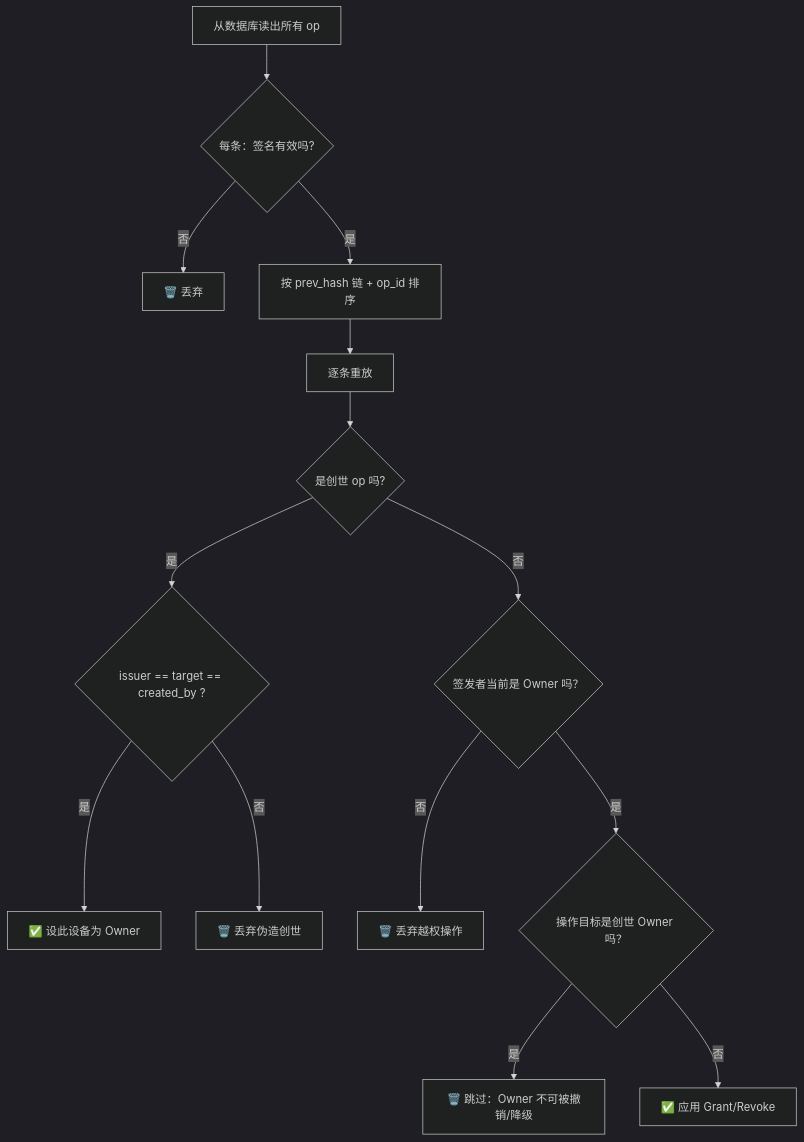
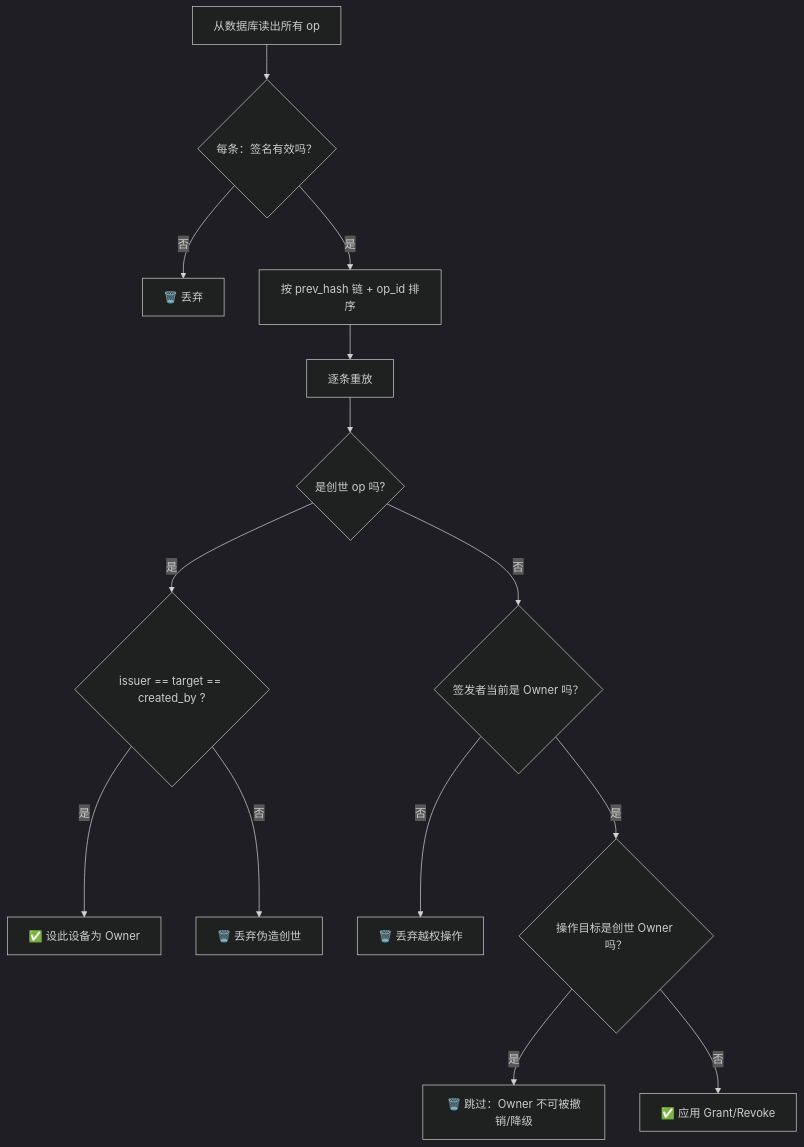
Before and after one commit to swarm-apps/SwarmNote: the sixth of 12 diagrams in dev-notes/blog/e2e-encrypted-sharing.md, drawn with Mermaid (dark theme). The commit also changed other lines of this file and 2 other files, not shown here.

````diff
--- a/dev-notes/blog/e2e-encrypted-sharing.md
+++ b/dev-notes/blog/e2e-encrypted-sharing.md
@@ -368,16 +369,16 @@
 ```mermaid
 flowchart TD
-  LOAD[从数据库读出所有 op] --> V{每条：签名有效吗?}
+  LOAD[从数据库读出所有 op] --> V{"每条：签名有效吗？"}
   V -->|否| X1[🗑️ 丢弃]
   V -->|是| ORDER[按 prev_hash 链 + op_id 排序]
   ORDER --> LOOP[逐条重放]
   LOOP --> G{是创世 op 吗?}
   G -->|是| GB{"issuer == target == created_by ?"}
   GB -->|是| OWN[✅ 设此设备为 Owner]
   GB -->|否| X2[🗑️ 丢弃伪造创世]
   G -->|否| IS{"签发者当前是 Owner 吗？"}
   IS -->|否| X3[🗑️ 丢弃越权操作]
   IS -->|是| PROT{"操作目标是创世 Owner 吗？"}
   PROT -->|是| X4[🗑️ 跳过：Owner 不可被撤销/降级]
   PROT -->|否| APPLY[✅ 应用 Grant/Revoke]
 ```
````
